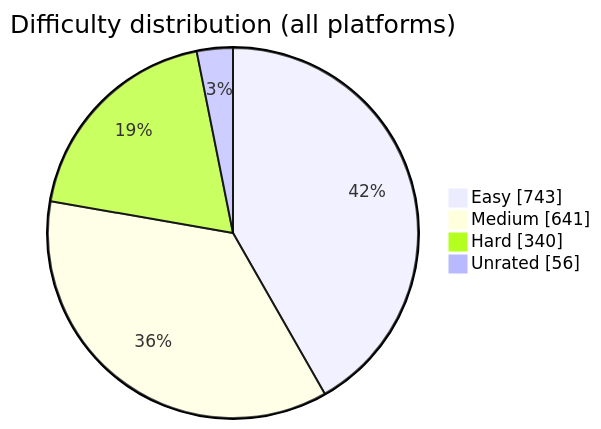
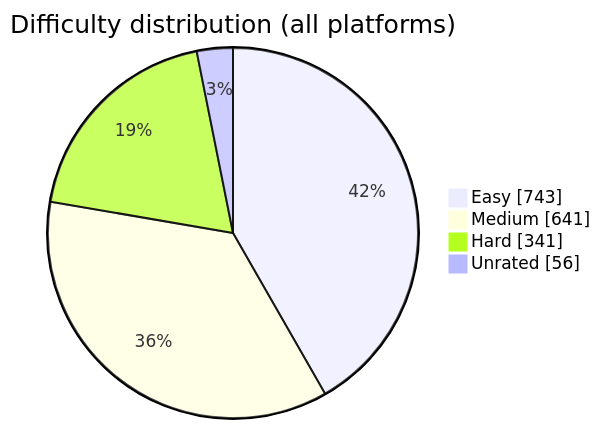
Before and after one commit to BuildbyArindam/Daily-Coding-Log: the diagram in README.md, drawn with Mermaid. The commit also changed other lines of this file, not shown here.

````diff
--- a/README.md
+++ b/README.md
@@ -108,7 +108,7 @@
 ```mermaid
 pie showData title Difficulty distribution (all platforms)
     "Easy" : 743
     "Medium" : 641
-    "Hard" : 340
+    "Hard" : 341
     "Unrated" : 56
 ```
````
